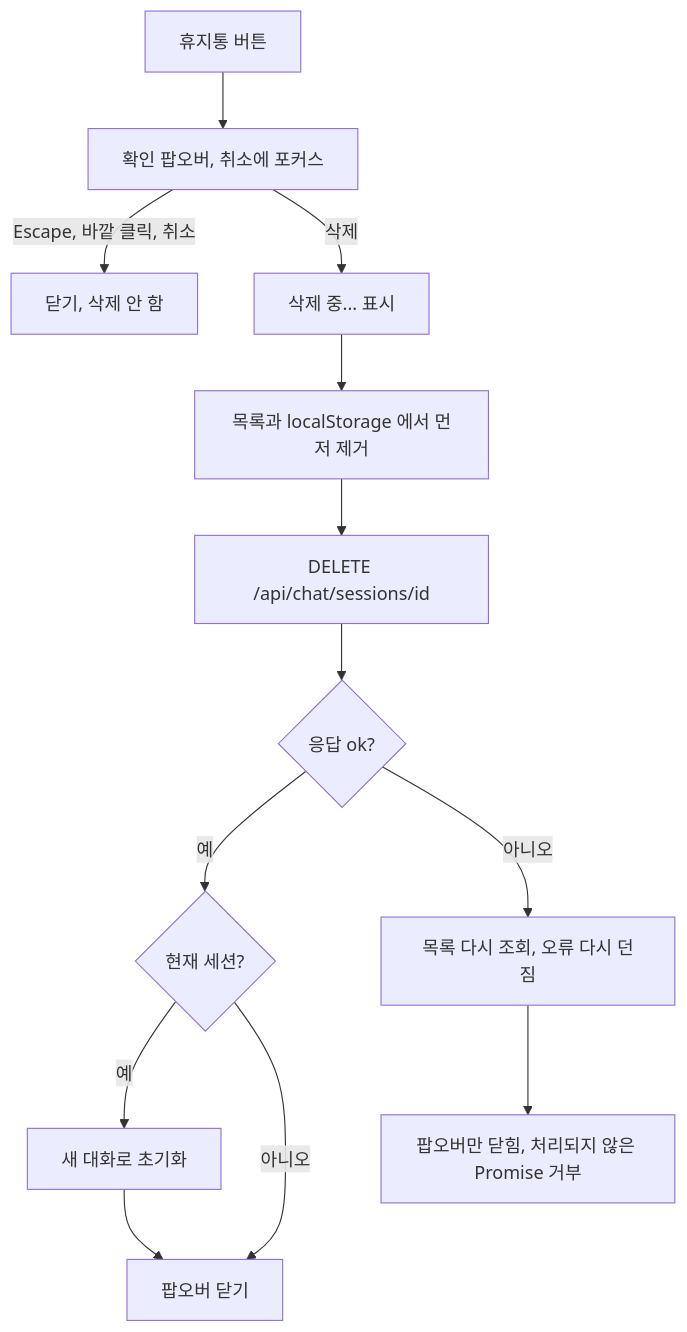
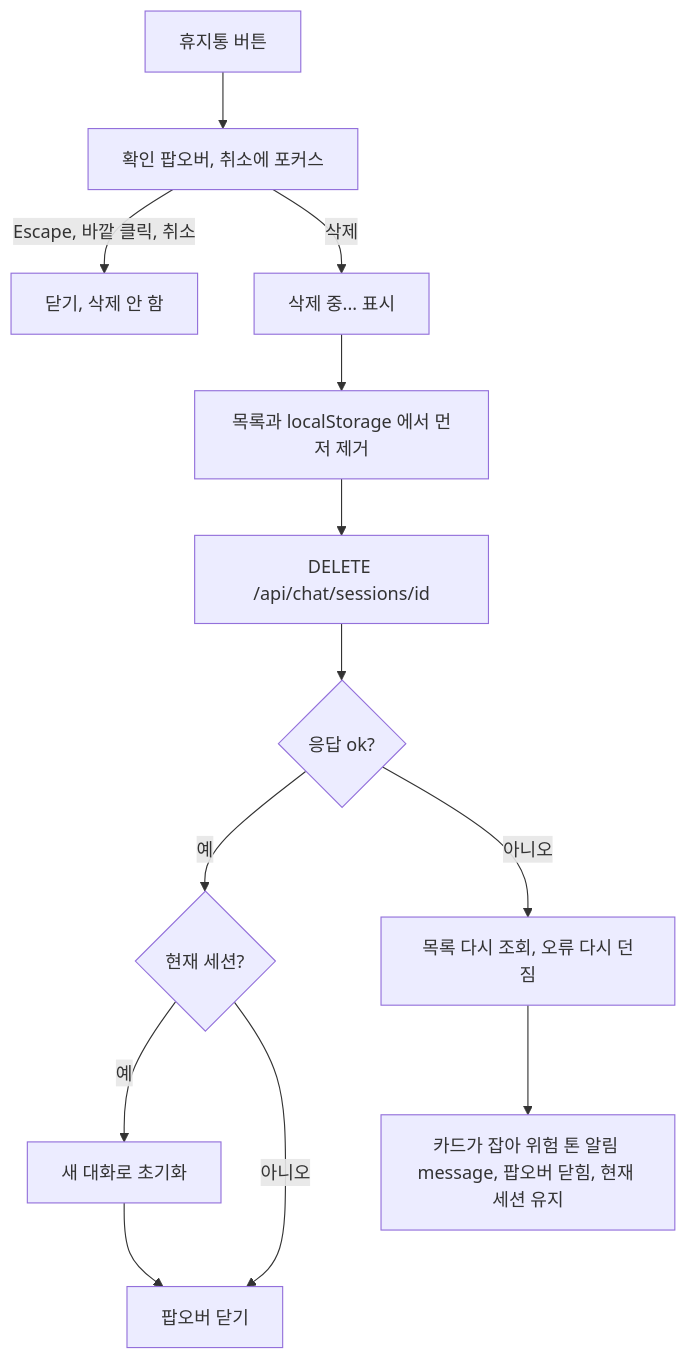
One commit to ozplayground/agent-lens changed the fifth of 27 diagrams in docs/spec-writer/fsd/02_AI_CHAT_SPECIFICATION.md. Above: the diagram before and after it, drawn with Mermaid. The commit also changed other lines of this file and 216 other files, not shown here.

````diff
--- a/docs/spec-writer/fsd/02_AI_CHAT_SPECIFICATION.md
+++ b/docs/spec-writer/fsd/02_AI_CHAT_SPECIFICATION.md
@@ -385,15 +392,15 @@
 ```mermaid
 flowchart TD
     A["휴지통 버튼"] --> B["확인 팝오버, 취소에 포커스"]
     B -->|Escape, 바깥 클릭, 취소| C["닫기, 삭제 안 함"]
     B -->|삭제| D["삭제 중... 표시"]
     D --> E["목록과 localStorage 에서 먼저 제거"]
     E --> F["DELETE /api/chat/sessions/id"]
     F --> G{"응답 ok?"}
     G -->|예| H{"현재 세션?"}
     H -->|예| I["새 대화로 초기화"]
     H -->|아니오| J["팝오버 닫기"]
     I --> J
     G -->|아니오| K["목록 다시 조회, 오류 다시 던짐"]
-    K --> L["팝오버만 닫힘, 처리되지 않은 Promise 거부"]
+    K --> L["카드가 잡아 위험 톤 알림 message, 팝오버 닫힘, 현재 세션 유지"]
 ```
````
